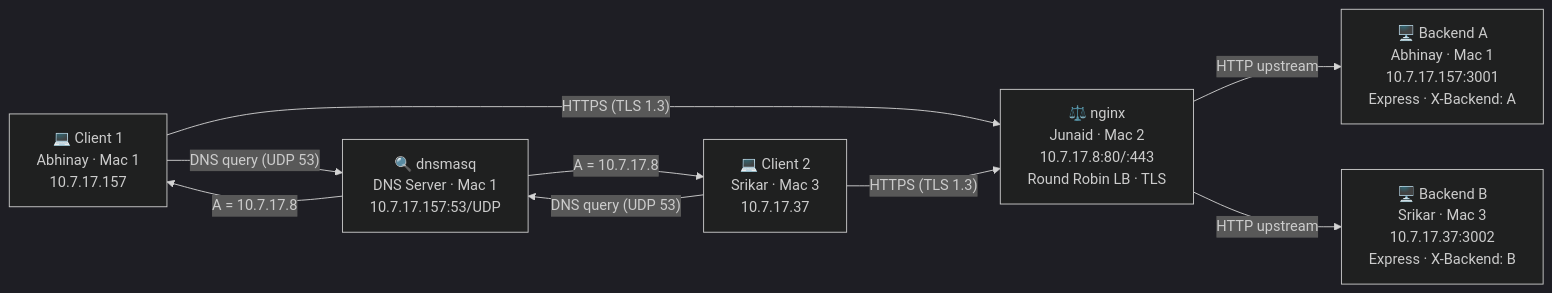
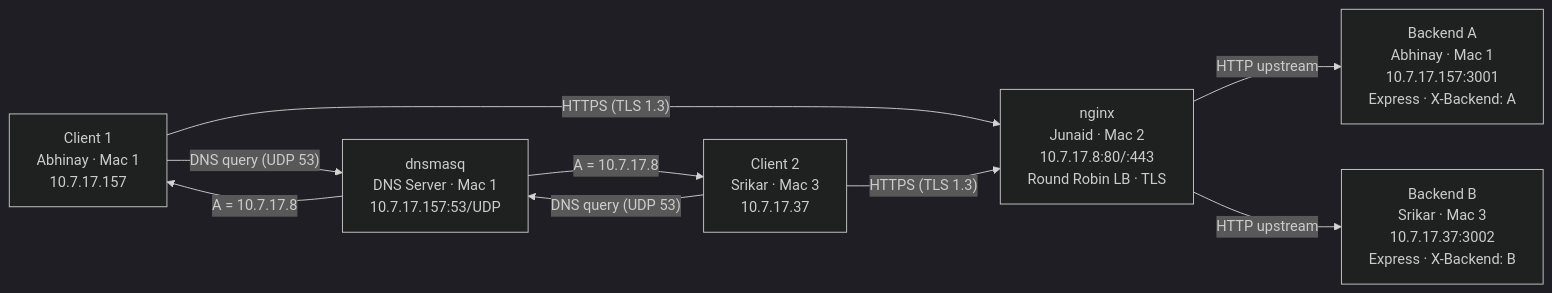
The diagram in README.md (Smanikanta21/CN-PROJECT), drawn with Mermaid (dark theme) before and after one commit. The commit also changed 3 other files, not shown here.

Commit message:
refactor: removed every hexcode from markdown documentation and diagrams

````diff
--- a/README.md
+++ b/README.md
@@ -15,23 +15,23 @@
 ```mermaid
 graph LR
-    C1["💻 Client 1\nAbhinay · Mac 1\n10.7.17.157"]
-    C2["💻 Client 2\nSrikar · Mac 3\n10.7.17.37"]
+    C1[" Client 1\nAbhinay · Mac 1\n10.7.17.157"]
+    C2[" Client 2\nSrikar · Mac 3\n10.7.17.37"]
 
-    DNS["🔍 dnsmasq\nDNS Server · Mac 1\n10.7.17.157:53/UDP"]
+    DNS[" dnsmasq\nDNS Server · Mac 1\n10.7.17.157:53/UDP"]
 
-    EDGE["⚖️ nginx\nJunaid · Mac 2\n10.7.17.8:80/:443\nRound Robin LB · TLS"]
+    EDGE[" nginx\nJunaid · Mac 2\n10.7.17.8:80/:443\nRound Robin LB · TLS"]
 
-    BA["🖥️ Backend A\nAbhinay · Mac 1\n10.7.17.157:3001\nExpress · X-Backend: A"]
-    BB["🖥️ Backend B\nSrikar · Mac 3\n10.7.17.37:3002\nExpress · X-Backend: B"]
+    BA[" Backend A\nAbhinay · Mac 1\n10.7.17.157:3001\nExpress · X-Backend: A"]
+    BB[" Backend B\nSrikar · Mac 3\n10.7.17.37:3002\nExpress · X-Backend: B"]
 
     C1 -->|"DNS query (UDP 53)"| DNS
     C2 -->|"DNS query (UDP 53)"| DNS
     DNS -->|"A = 10.7.17.8"| C1
     DNS -->|"A = 10.7.17.8"| C2
 
     C1 -->|"HTTPS (TLS 1.3)"| EDGE
     C2 -->|"HTTPS (TLS 1.3)"| EDGE
 
     EDGE -->|"HTTP upstream"| BA
     EDGE -->|"HTTP upstream"| BB
 ```
````
